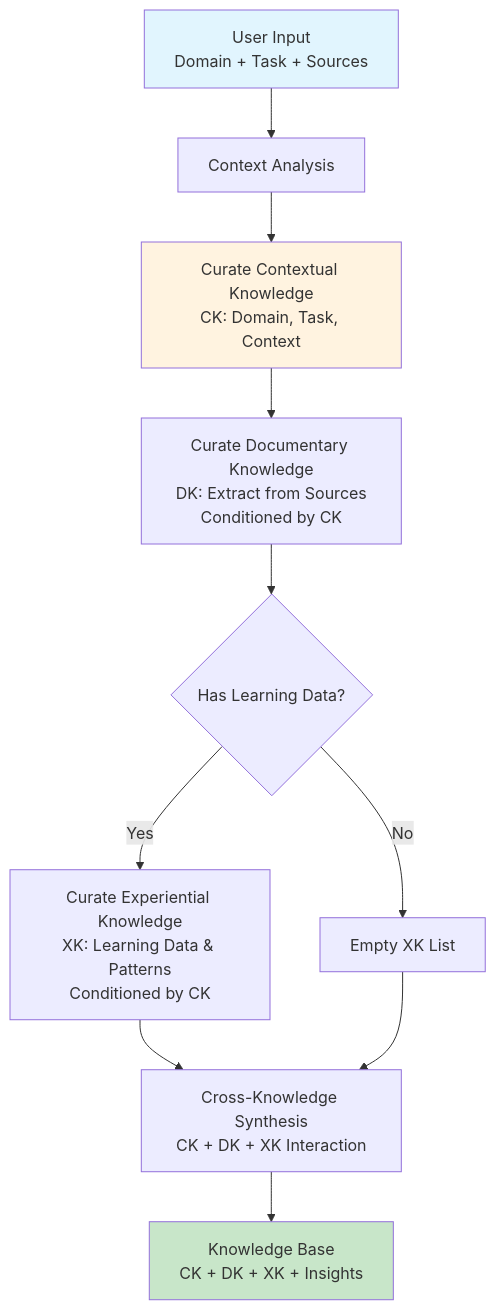
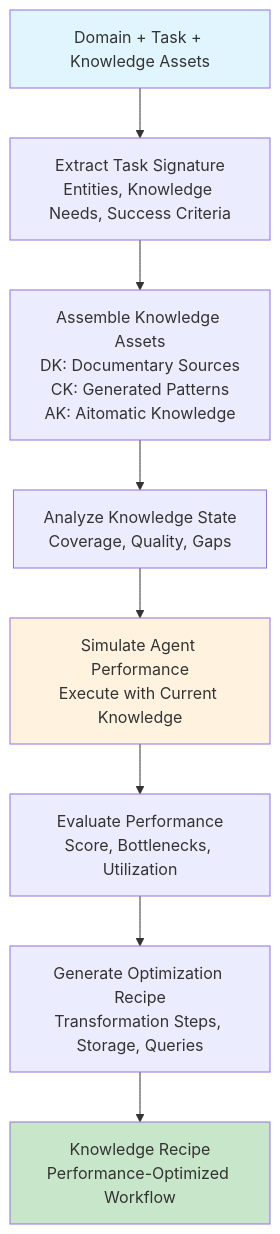
One commit to aitomatic/dana changed the diagram in dana/frameworks/corral/curate.md. Above: the diagram before and after it, drawn with Mermaid. The commit also changed other lines of this file and 11 other files, not shown here.

````diff
--- a/dana/frameworks/corral/curate.md
+++ b/dana/frameworks/corral/curate.md
@@ -67,21 +80,20 @@
 ```mermaid
 flowchart TD
-    A[User Input<br/>Domain + Task + Sources] --> B[Context Analysis]
+    A[Domain + Task + Knowledge Assets] --> B[Extract Task Signature<br/>Entities, Knowledge Needs, Success Criteria]
     
-    B --> C[Curate Contextual Knowledge<br/>CK: Domain, Task, Context]
+    B --> C[Assemble Knowledge Assets<br/>DK: Documentary Sources<br/>CK: Generated Patterns<br/>AK: Aitomatic Knowledge]
     
-    C --> D[Curate Documentary Knowledge<br/>DK: Extract from Sources<br/>Conditioned by CK]
+    C --> D[Analyze Knowledge State<br/>Coverage, Quality, Gaps]
     
-    D --> E{Has Learning Data?}
-    E -->|Yes| F[Curate Experiential Knowledge<br/>XK: Learning Data & Patterns<br/>Conditioned by CK]
-    E -->|No| G[Empty XK List]
+    D --> E[Simulate Agent Performance<br/>Execute with Current Knowledge]
     
-    F --> H[Cross-Knowledge Synthesis<br/>CK + DK + XK Interaction]
-    G --> H
+    E --> F[Evaluate Performance<br/>Score, Bottlenecks, Utilization]
     
-    H --> I[Knowledge Base<br/>CK + DK + XK + Insights]
+    F --> G[Generate Optimization Recipe<br/>Transformation Steps, Storage, Queries]
+    
+    G --> H[Knowledge Recipe<br/>Performance-Optimized Workflow]
     
     style A fill:#e1f5fe
-    style I fill:#c8e6c9
-    style C fill:#fff3e0
+    style H fill:#c8e6c9
+    style E fill:#fff3e0
 ```
````
